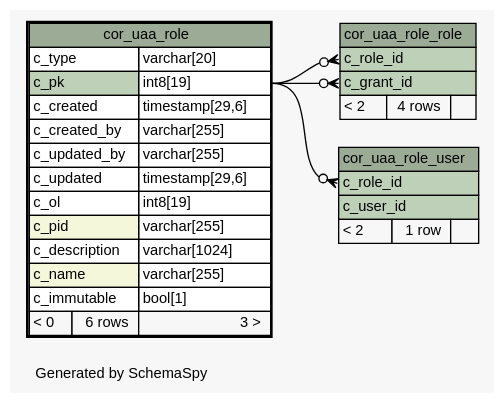
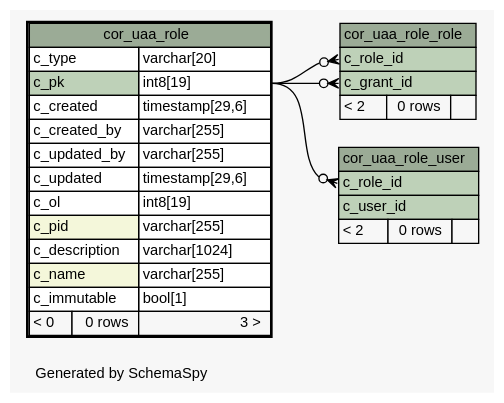
The diagram in 2.0.0-SNAPSHOT/schemaspy/diagrams/cor_uaa_role.1degree.dot (openwms/org.openwms.core.uaa), drawn with Graphviz before and after one commit. The commit also changed 352 other files, not shown here.

```diff
--- a/2.0.0-SNAPSHOT/schemaspy/diagrams/cor_uaa_role.1degree.dot
+++ b/2.0.0-SNAPSHOT/schemaspy/diagrams/cor_uaa_role.1degree.dot
@@ -1,67 +1,67 @@
-// dot 2.43.0 on Linux 5.13.0-1029-azure
+// dot 2.43.0 on Linux 5.15.0-1020-azure
 // SchemaSpy rev Unknown
 digraph "oneDegreeRelationshipsDiagram" {
   graph [
     rankdir="RL"
     bgcolor="#f7f7f7"
     label="\nGenerated by SchemaSpy"
     labeljust="l"
     nodesep="0.18"
     ranksep="0.46"
     fontname="Helvetica"
     fontsize="11"
   ];
   node [
     fontname="Helvetica"
     fontsize="11"
     shape="plaintext"
   ];
   edge [
     arrowsize="0.8"
   ];
   "cor_uaa_role_role":"c_grant_id":w -> "cor_uaa_role":"c_pk.type":e [arrowhead=none dir=back arrowtail=crowodot];
   "cor_uaa_role_role":"c_role_id":w -> "cor_uaa_role":"c_pk.type":e [arrowhead=none dir=back arrowtail=crowodot];
   "cor_uaa_role_user":"c_role_id":w -> "cor_uaa_role":"c_pk.type":e [arrowhead=none dir=back arrowtail=crowodot];
   "cor_uaa_role" [
     label=<
     <TABLE BORDER="2" CELLBORDER="1" CELLSPACING="0" BGCOLOR="#ffffff">
       <TR><TD COLSPAN="3" BGCOLOR="#9bab96" ALIGN="CENTER">cor_uaa_role</TD></TR>
       <TR><TD PORT="c_type" COLSPAN="2" ALIGN="LEFT">c_type</TD><TD PORT="c_type.type" ALIGN="LEFT">varchar[20]</TD></TR>
       <TR><TD PORT="c_pk" COLSPAN="2" BGCOLOR="#bed1b8" ALIGN="LEFT">c_pk</TD><TD PORT="c_pk.type" ALIGN="LEFT">int8[19]</TD></TR>
       <TR><TD PORT="c_created" COLSPAN="2" ALIGN="LEFT">c_created</TD><TD PORT="c_created.type" ALIGN="LEFT">timestamp[29,6]</TD></TR>
       <TR><TD PORT="c_created_by" COLSPAN="2" ALIGN="LEFT">c_created_by</TD><TD PORT="c_created_by.type" ALIGN="LEFT">varchar[255]</TD></TR>
       <TR><TD PORT="c_updated_by" COLSPAN="2" ALIGN="LEFT">c_updated_by</TD><TD PORT="c_updated_by.type" ALIGN="LEFT">varchar[255]</TD></TR>
       <TR><TD PORT="c_updated" COLSPAN="2" ALIGN="LEFT">c_updated</TD><TD PORT="c_updated.type" ALIGN="LEFT">timestamp[29,6]</TD></TR>
       <TR><TD PORT="c_ol" COLSPAN="2" ALIGN="LEFT">c_ol</TD><TD PORT="c_ol.type" ALIGN="LEFT">int8[19]</TD></TR>
       <TR><TD PORT="c_pid" COLSPAN="2" BGCOLOR="#f4f7da" ALIGN="LEFT">c_pid</TD><TD PORT="c_pid.type" ALIGN="LEFT">varchar[255]</TD></TR>
       <TR><TD PORT="c_description" COLSPAN="2" ALIGN="LEFT">c_description</TD><TD PORT="c_description.type" ALIGN="LEFT">varchar[1024]</TD></TR>
       <TR><TD PORT="c_name" COLSPAN="2" BGCOLOR="#f4f7da" ALIGN="LEFT">c_name</TD><TD PORT="c_name.type" ALIGN="LEFT">varchar[255]</TD></TR>
       <TR><TD PORT="c_immutable" COLSPAN="2" ALIGN="LEFT">c_immutable</TD><TD PORT="c_immutable.type" ALIGN="LEFT">bool[1]</TD></TR>
-      <TR><TD ALIGN="LEFT" BGCOLOR="#f7f7f7">&lt; 0</TD><TD ALIGN="RIGHT" BGCOLOR="#f7f7f7">6 rows</TD><TD ALIGN="RIGHT" BGCOLOR="#f7f7f7">3 &gt;</TD></TR>
+      <TR><TD ALIGN="LEFT" BGCOLOR="#f7f7f7">&lt; 0</TD><TD ALIGN="RIGHT" BGCOLOR="#f7f7f7">0 rows</TD><TD ALIGN="RIGHT" BGCOLOR="#f7f7f7">3 &gt;</TD></TR>
     </TABLE>>
     URL="cor_uaa_role.html"
     tooltip="cor_uaa_role"
   ];
   "cor_uaa_role_role" [
     label=<
     <TABLE BORDER="0" CELLBORDER="1" CELLSPACING="0" BGCOLOR="#ffffff">
       <TR><TD COLSPAN="3" BGCOLOR="#9bab96" ALIGN="CENTER">cor_uaa_role_role</TD></TR>
       <TR><TD PORT="c_role_id" COLSPAN="3" BGCOLOR="#bed1b8" ALIGN="LEFT">c_role_id</TD></TR>
       <TR><TD PORT="c_grant_id" COLSPAN="3" BGCOLOR="#bed1b8" ALIGN="LEFT">c_grant_id</TD></TR>
-      <TR><TD ALIGN="LEFT" BGCOLOR="#f7f7f7">&lt; 2</TD><TD ALIGN="RIGHT" BGCOLOR="#f7f7f7">4 rows</TD><TD ALIGN="RIGHT" BGCOLOR="#f7f7f7">  </TD></TR>
+      <TR><TD ALIGN="LEFT" BGCOLOR="#f7f7f7">&lt; 2</TD><TD ALIGN="RIGHT" BGCOLOR="#f7f7f7">0 rows</TD><TD ALIGN="RIGHT" BGCOLOR="#f7f7f7">  </TD></TR>
     </TABLE>>
     URL="cor_uaa_role_role.html"
     tooltip="cor_uaa_role_role"
   ];
   "cor_uaa_role_user" [
     label=<
     <TABLE BORDER="0" CELLBORDER="1" CELLSPACING="0" BGCOLOR="#ffffff">
       <TR><TD COLSPAN="3" BGCOLOR="#9bab96" ALIGN="CENTER">cor_uaa_role_user</TD></TR>
       <TR><TD PORT="c_role_id" COLSPAN="3" BGCOLOR="#bed1b8" ALIGN="LEFT">c_role_id</TD></TR>
       <TR><TD PORT="c_user_id" COLSPAN="3" BGCOLOR="#bed1b8" ALIGN="LEFT">c_user_id</TD></TR>
-      <TR><TD ALIGN="LEFT" BGCOLOR="#f7f7f7">&lt; 2</TD><TD ALIGN="RIGHT" BGCOLOR="#f7f7f7">1 row</TD><TD ALIGN="RIGHT" BGCOLOR="#f7f7f7">  </TD></TR>
+      <TR><TD ALIGN="LEFT" BGCOLOR="#f7f7f7">&lt; 2</TD><TD ALIGN="RIGHT" BGCOLOR="#f7f7f7">0 rows</TD><TD ALIGN="RIGHT" BGCOLOR="#f7f7f7">  </TD></TR>
     </TABLE>>
     URL="cor_uaa_role_user.html"
     tooltip="cor_uaa_role_user"
   ];
 }
```
